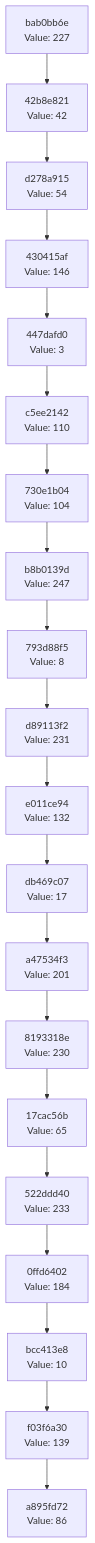
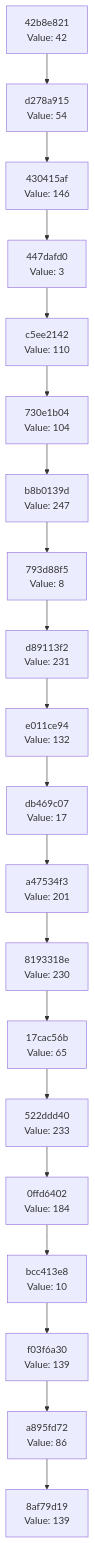
The diagram in docs/CHAIN_VISUALIZATION.md (Abhisheksinha1506/hash-chain-evolver), drawn with Mermaid before and after one commit. The commit also changed 2 other files, not shown here.

Commit message:
Evolution step: hash 0x8B → action executed

````diff
--- a/docs/CHAIN_VISUALIZATION.md
+++ b/docs/CHAIN_VISUALIZATION.md
@@ -3,42 +3,42 @@
 ```mermaid
 graph TD
-    C0["a895fd72<br/>Value: 86"]
-    C1["f03f6a30<br/>Value: 139"]
+    C0["8af79d19<br/>Value: 139"]
+    C1["a895fd72<br/>Value: 86"]
     C1 --> C0
-    C2["bcc413e8<br/>Value: 10"]
+    C2["f03f6a30<br/>Value: 139"]
     C2 --> C1
-    C3["0ffd6402<br/>Value: 184"]
+    C3["bcc413e8<br/>Value: 10"]
     C3 --> C2
-    C4["522ddd40<br/>Value: 233"]
+    C4["0ffd6402<br/>Value: 184"]
     C4 --> C3
-    C5["17cac56b<br/>Value: 65"]
+    C5["522ddd40<br/>Value: 233"]
     C5 --> C4
-    C6["8193318e<br/>Value: 230"]
+    C6["17cac56b<br/>Value: 65"]
     C6 --> C5
-    C7["a47534f3<br/>Value: 201"]
+    C7["8193318e<br/>Value: 230"]
     C7 --> C6
-    C8["db469c07<br/>Value: 17"]
+    C8["a47534f3<br/>Value: 201"]
     C8 --> C7
-    C9["e011ce94<br/>Value: 132"]
+    C9["db469c07<br/>Value: 17"]
     C9 --> C8
-    C10["d89113f2<br/>Value: 231"]
+    C10["e011ce94<br/>Value: 132"]
     C10 --> C9
-    C11["793d88f5<br/>Value: 8"]
+    C11["d89113f2<br/>Value: 231"]
     C11 --> C10
-    C12["b8b0139d<br/>Value: 247"]
+    C12["793d88f5<br/>Value: 8"]
     C12 --> C11
-    C13["730e1b04<br/>Value: 104"]
+    C13["b8b0139d<br/>Value: 247"]
     C13 --> C12
-    C14["c5ee2142<br/>Value: 110"]
+    C14["730e1b04<br/>Value: 104"]
     C14 --> C13
-    C15["447dafd0<br/>Value: 3"]
+    C15["c5ee2142<br/>Value: 110"]
     C15 --> C14
-    C16["430415af<br/>Value: 146"]
+    C16["447dafd0<br/>Value: 3"]
     C16 --> C15
-    C17["d278a915<br/>Value: 54"]
+    C17["430415af<br/>Value: 146"]
     C17 --> C16
-    C18["42b8e821<br/>Value: 42"]
+    C18["d278a915<br/>Value: 54"]
     C18 --> C17
-    C19["bab0bb6e<br/>Value: 227"]
+    C19["42b8e821<br/>Value: 42"]
     C19 --> C18
 ```
````
